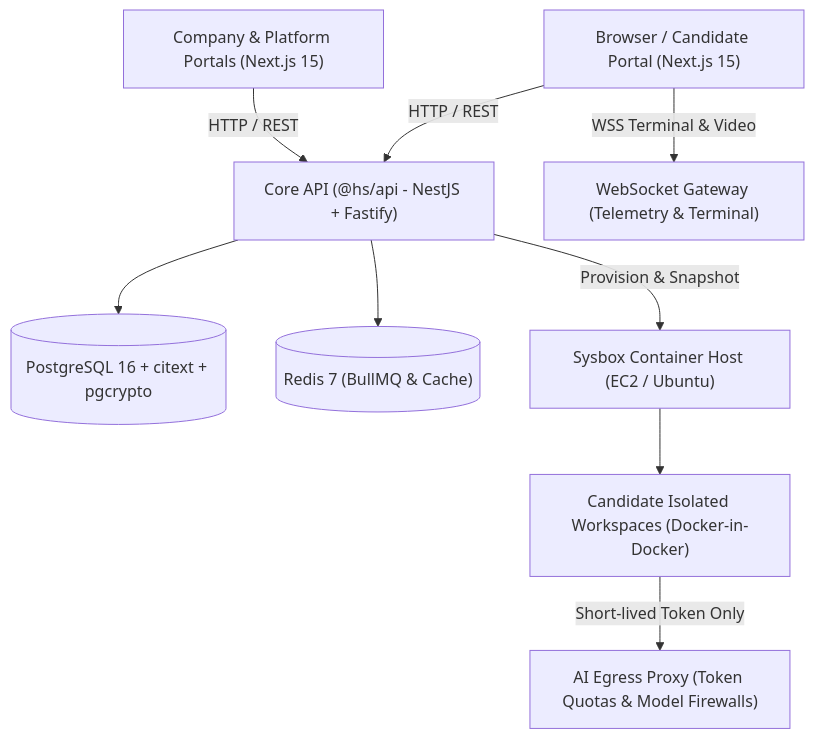
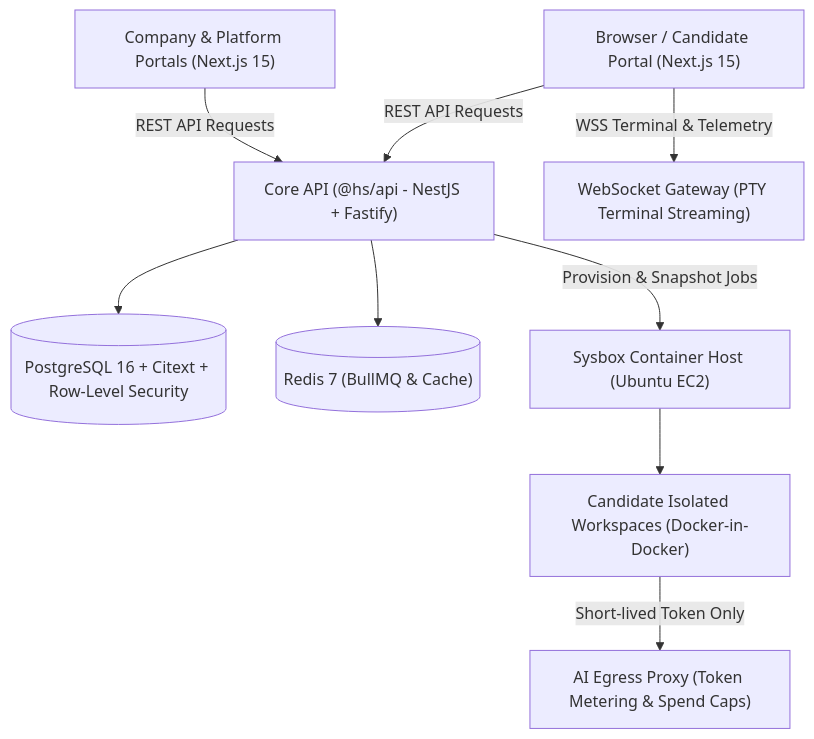
Before and after one commit to infinitica-org/hellosmart: the diagram in apps/docs/content/docs/roles/sde.mdx, drawn with Mermaid. The commit also changed other lines of this file and 6 other files, not shown here.

````diff
--- a/apps/docs/content/docs/roles/sde.mdx
+++ b/apps/docs/content/docs/roles/sde.mdx
@@ -18,24 +18,24 @@
 ```mermaid
 flowchart TD
     Client["Browser / Candidate Portal (Next.js 15)"]
     Admin["Company & Platform Portals (Next.js 15)"]
     
     API["Core API (@hs/api - NestJS + Fastify)"]
-    WS["WebSocket Gateway (Telemetry & Terminal)"]
-    DB[("PostgreSQL 16 + citext + pgcrypto")]
+    WS["WebSocket Gateway (PTY Terminal Streaming)"]
+    DB[("PostgreSQL 16 + Citext + Row-Level Security")]
     Redis[("Redis 7 (BullMQ & Cache)")]
     
-    Sysbox["Sysbox Container Host (EC2 / Ubuntu)"]
+    Sysbox["Sysbox Container Host (Ubuntu EC2)"]
     Workspaces["Candidate Isolated Workspaces (Docker-in-Docker)"]
-    AIProxy["AI Egress Proxy (Token Quotas & Model Firewalls)"]
+    AIProxy["AI Egress Proxy (Token Metering & Spend Caps)"]
 
-    Client -->|HTTP / REST| API
-    Client -->|WSS Terminal & Video| WS
-    Admin -->|HTTP / REST| API
+    Client -->|REST API Requests| API
+    Client -->|WSS Terminal & Telemetry| WS
+    Admin -->|REST API Requests| API
     
     API --> DB
     API --> Redis
-    API -->|Provision & Snapshot| Sysbox
+    API -->|Provision & Snapshot Jobs| Sysbox
     Sysbox --> Workspaces
     Workspaces -->|Short-lived Token Only| AIProxy
 ```
````
